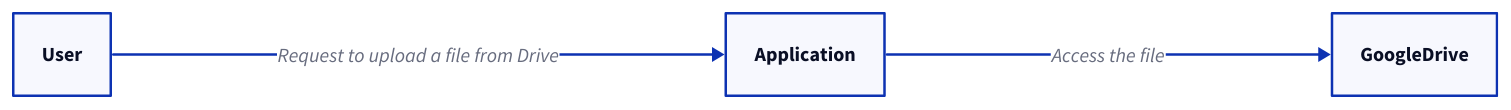
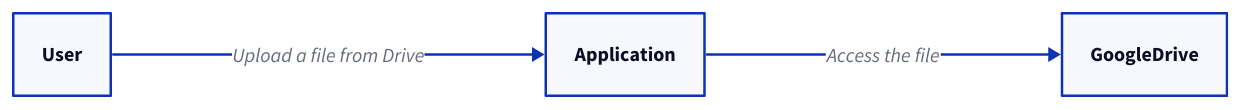
Diagram 18 of 26 in content/docs/system-administration/system-protection/iam.md (link1905/system-design-101), drawn with D2 before and after one commit. The commit also changed other lines of this file and 49 other files, not shown here.

````diff
--- a/content/docs/system-administration/system-protection/iam.md
+++ b/content/docs/system-administration/system-protection/iam.md
@@ -742,14 +716,14 @@
 ```d2
 direction: right
 u: User {
   class: client
 }
 s: Application {
   class: server
 }
 g: GoogleDrive {
   class: google
 }
-u -> s: Request to upload a file from Drive
+u -> s: Upload a file from Drive
 s -> g: Access the file
 ```
````
